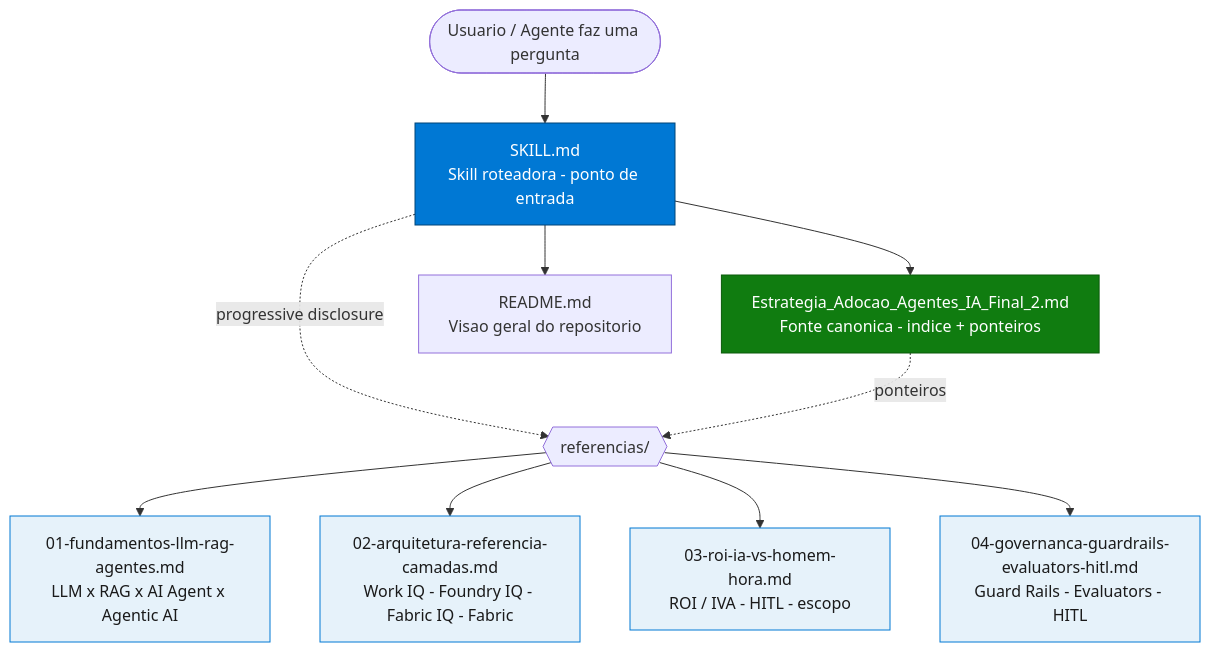
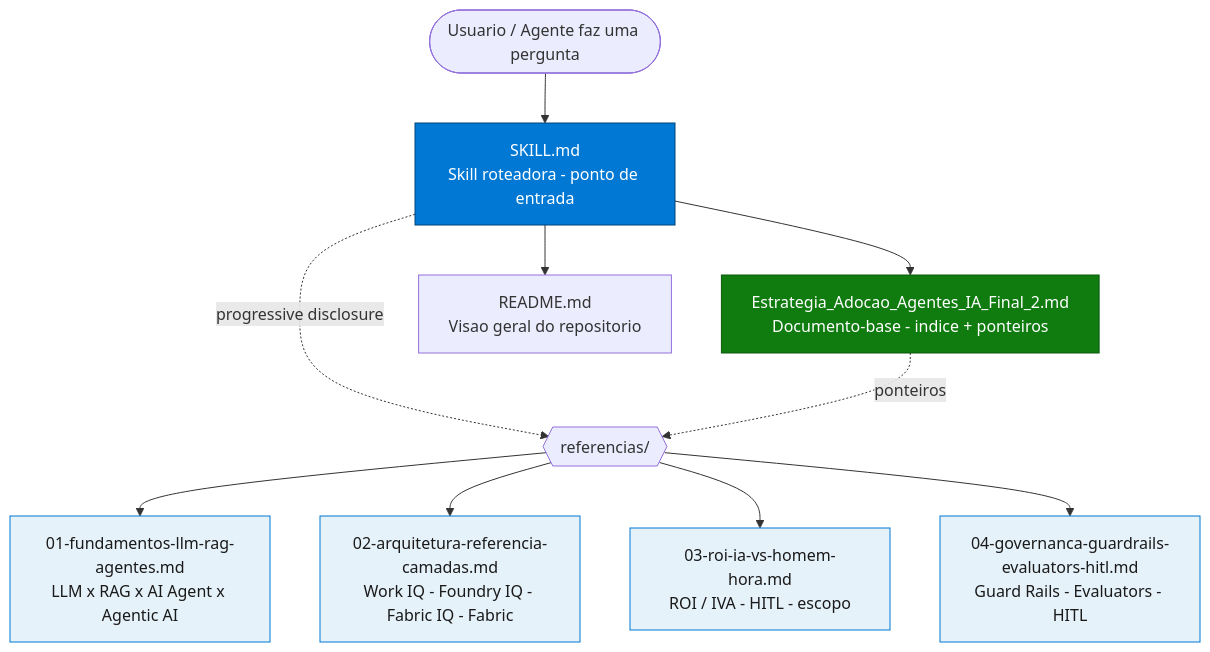
The first of 2 diagrams in README.md (fabioharams/hubsp-ai-skill), drawn with Mermaid before and after one commit. The commit also changed other lines of this file, not shown here.

````diff
--- a/README.md
+++ b/README.md
@@ -31,22 +31,22 @@
 ```mermaid
 graph TD
     USER([Usuario / Agente faz uma pergunta]) --> SKILL[SKILL.md<br/>Skill roteadora - ponto de entrada]
-    SKILL --> CANON[Estrategia_Adocao_Agentes_IA_Final_2.md<br/>Fonte canonica - indice + ponteiros]
+    SKILL --> CANON[Estrategia_Adocao_Agentes_IA_Final_2.md<br/>Documento-base - indice + ponteiros]
 
     SKILL -. progressive disclosure .-> REF{{referencias/}}
     CANON -. ponteiros .-> REF
 
     REF --> R1[01-fundamentos-llm-rag-agentes.md<br/>LLM x RAG x AI Agent x Agentic AI]
     REF --> R2[02-arquitetura-referencia-camadas.md<br/>Work IQ - Foundry IQ - Fabric IQ - Fabric]
     REF --> R3[03-roi-ia-vs-homem-hora.md<br/>ROI / IVA - HITL - escopo]
     REF --> R4[04-governanca-guardrails-evaluators-hitl.md<br/>Guard Rails - Evaluators - HITL]
 
     SKILL --> README[README.md<br/>Visao geral do repositorio]
 
     classDef entry fill:#0078D4,stroke:#004578,color:#fff;
     classDef canon fill:#107C10,stroke:#0B5A0B,color:#fff;
     classDef ref fill:#E6F2FA,stroke:#0078D4,color:#1a1a1a;
     class SKILL entry;
     class CANON canon;
     class R1,R2,R3,R4 ref;
 ```
````
